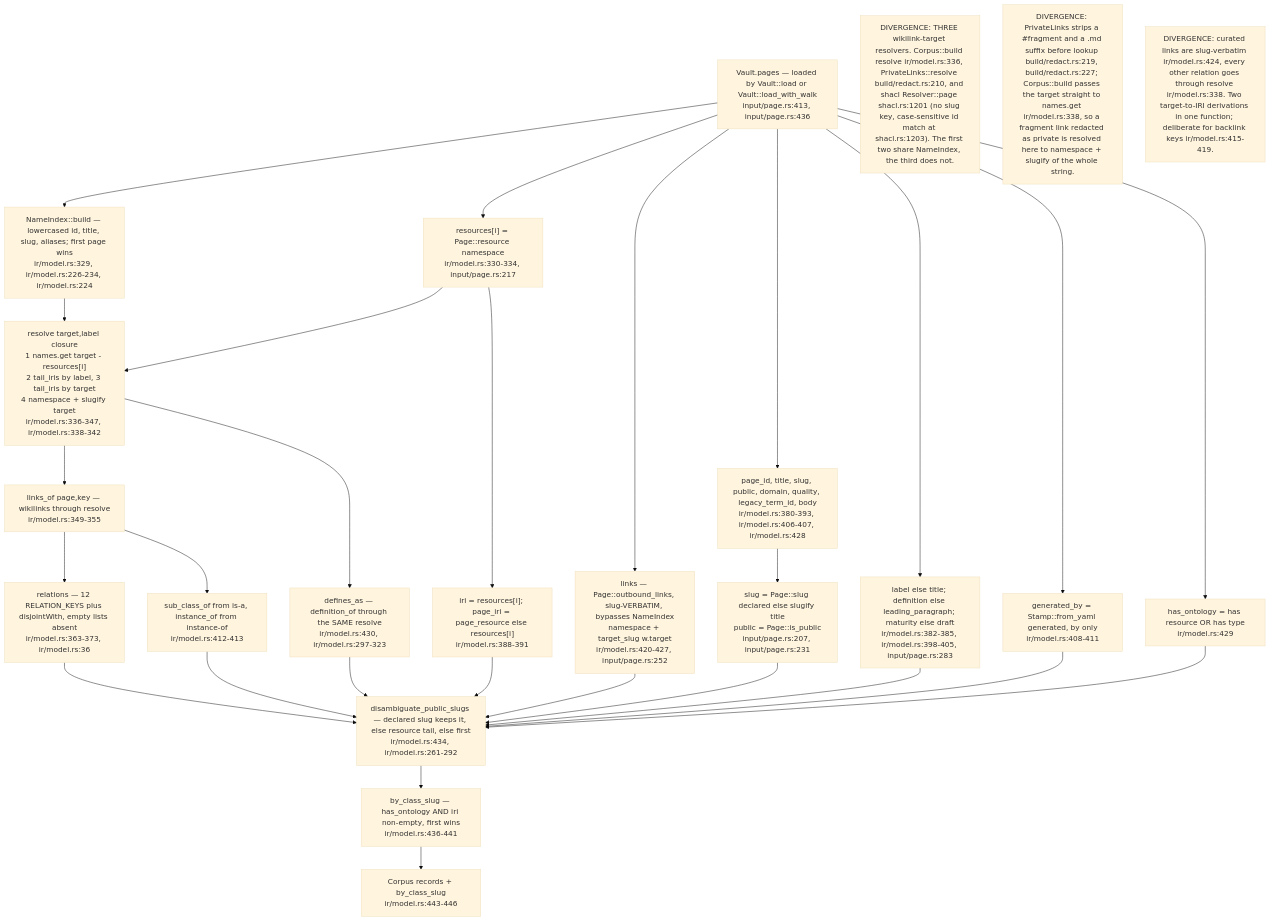
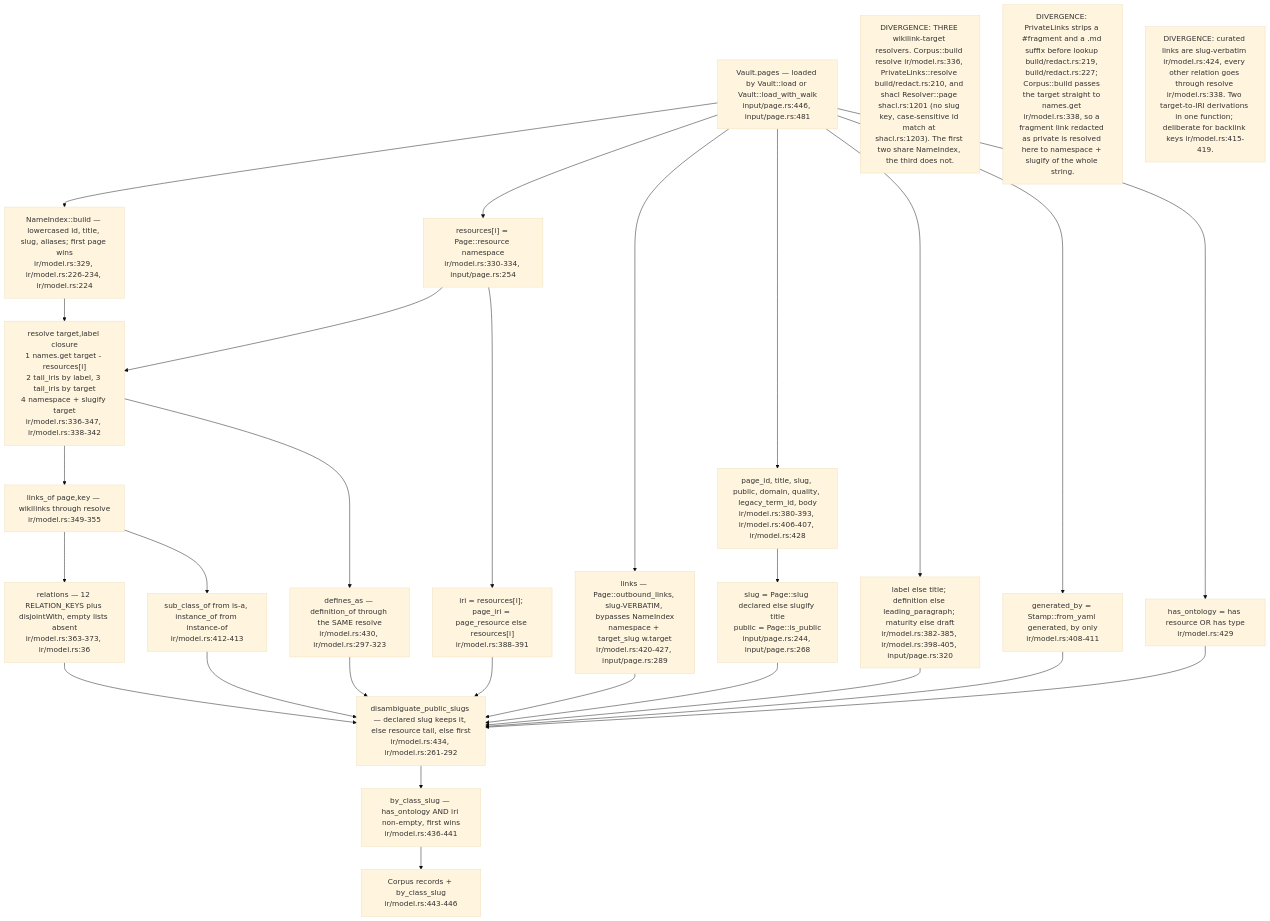
Before and after one commit to DreamLab-AI/VisionFlow: the first of 6 diagrams in docs/diagrams/ontomark/02-ir-corpus-projection-and-redaction.md, drawn with Mermaid (base theme). The commit also changed other lines of this file and 160 other files, not shown here.

````diff
--- a/docs/diagrams/ontomark/02-ir-corpus-projection-and-redaction.md
+++ b/docs/diagrams/ontomark/02-ir-corpus-projection-and-redaction.md
@@ -33,45 +33,45 @@
 ```mermaid
 flowchart TD
-    VAULT["Vault.pages — loaded by Vault::load or Vault::load_with_walk<br/>input/page.rs:413, input/page.rs:436"]
+    VAULT["Vault.pages — loaded by Vault::load or Vault::load_with_walk<br/>input/page.rs:446, input/page.rs:481"]
     NAMES["NameIndex::build — lowercased id, title, slug, aliases; first page wins<br/>ir/model.rs:329, ir/model.rs:226-234, ir/model.rs:224"]
-    RES["resources[i] = Page::resource namespace<br/>ir/model.rs:330-334, input/page.rs:217"]
+    RES["resources[i] = Page::resource namespace<br/>ir/model.rs:330-334, input/page.rs:254"]
     RESOLVE["resolve target,label closure<br/>1 names.get target - resources[i]<br/>2 tail_iris by label, 3 tail_iris by target<br/>4 namespace + slugify target<br/>ir/model.rs:336-347, ir/model.rs:338-342"]
     LINKSOF["links_of page,key — wikilinks through resolve<br/>ir/model.rs:349-355"]
     REL["relations — 12 RELATION_KEYS plus disjointWith, empty lists absent<br/>ir/model.rs:363-373, ir/model.rs:36"]
     ISA["sub_class_of from is-a, instance_of from instance-of<br/>ir/model.rs:412-413"]
-    CURATED["links — Page::outbound_links, slug-VERBATIM, bypasses NameIndex<br/>namespace + target_slug w.target<br/>ir/model.rs:420-427, input/page.rs:252"]
+    CURATED["links — Page::outbound_links, slug-VERBATIM, bypasses NameIndex<br/>namespace + target_slug w.target<br/>ir/model.rs:420-427, input/page.rs:289"]
     DEFS["defines_as — definition_of through the SAME resolve<br/>ir/model.rs:430, ir/model.rs:297-323"]
     SCALARS["page_id, title, slug, public, domain, quality, legacy_term_id, body<br/>ir/model.rs:380-393, ir/model.rs:406-407, ir/model.rs:428"]
-    SLUGSRC["slug = Page::slug declared else slugify title<br/>public = Page::is_public<br/>input/page.rs:207, input/page.rs:231"]
+    SLUGSRC["slug = Page::slug declared else slugify title<br/>public = Page::is_public<br/>input/page.rs:244, input/page.rs:268"]
     IRIS["iri = resources[i]; page_iri = page_resource else resources[i]<br/>ir/model.rs:388-391"]
-    TEXTS["label else title; definition else leading_paragraph; maturity else draft<br/>ir/model.rs:382-385, ir/model.rs:398-405, input/page.rs:283"]
+    TEXTS["label else title; definition else leading_paragraph; maturity else draft<br/>ir/model.rs:382-385, ir/model.rs:398-405, input/page.rs:320"]
     GEN["generated_by = Stamp::from_yaml generated, by only<br/>ir/model.rs:408-411"]
     HASONT["has_ontology = has resource OR has type<br/>ir/model.rs:429"]
     DISAMB["disambiguate_public_slugs — declared slug keeps it, else resource tail, else first<br/>ir/model.rs:434, ir/model.rs:261-292"]
     BYSLUG["by_class_slug — has_ontology AND iri non-empty, first wins<br/>ir/model.rs:436-441"]
     OUT["Corpus records + by_class_slug<br/>ir/model.rs:443-446"]
     VAULT --> NAMES --> RESOLVE
     VAULT --> RES --> RESOLVE
     RESOLVE --> LINKSOF --> REL
     LINKSOF --> ISA
     RESOLVE --> DEFS
     VAULT --> CURATED
     VAULT --> SCALARS --> SLUGSRC
     RES --> IRIS
     VAULT --> TEXTS
     VAULT --> GEN
     VAULT --> HASONT
     REL --> DISAMB
     ISA --> DISAMB
     CURATED --> DISAMB
     DEFS --> DISAMB
     SLUGSRC --> DISAMB
     IRIS --> DISAMB
     TEXTS --> DISAMB
     GEN --> DISAMB
     HASONT --> DISAMB
     DISAMB --> BYSLUG --> OUT
     n1["DIVERGENCE: THREE wikilink-target resolvers. Corpus::build resolve ir/model.rs:336, PrivateLinks::resolve build/redact.rs:210, and shacl Resolver::page shacl.rs:1201 (no slug key, case-sensitive id match at shacl.rs:1203). The first two share NameIndex, the third does not."]
     n2["DIVERGENCE: PrivateLinks strips a #fragment and a .md suffix before lookup build/redact.rs:219, build/redact.rs:227; Corpus::build passes the target straight to names.get ir/model.rs:338, so a fragment link redacted as private is resolved here to namespace + slugify of the whole string."]
     n3["DIVERGENCE: curated links are slug-verbatim ir/model.rs:424, every other relation goes through resolve ir/model.rs:338. Two target-to-IRI derivations in one function; deliberate for backlink keys ir/model.rs:415-419."]
 ```
````
